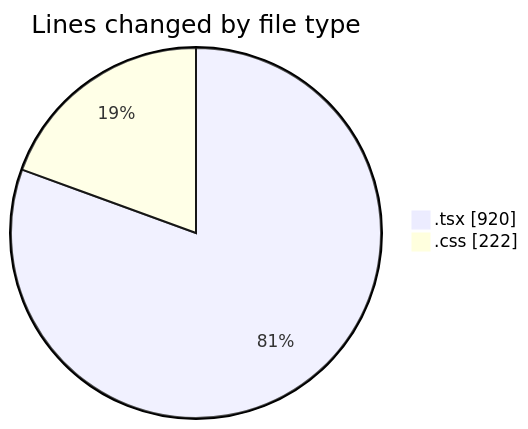
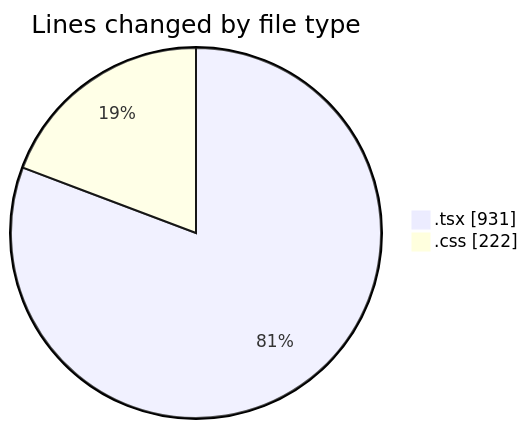
Before and after one commit to donsfak/code-tracking: the first of 2 diagrams in 2025-02-07/portofolio/README.md, drawn with Mermaid. The commit also changed other lines of this file and 1 other file, not shown here.

````diff
--- a/2025-02-07/portofolio/README.md
+++ b/2025-02-07/portofolio/README.md
@@ -21,6 +21,6 @@
 ```mermaid
 pie showData
 title Lines changed by file type
-".tsx" : 920
+".tsx" : 931
 ".css" : 222
 ```
````
